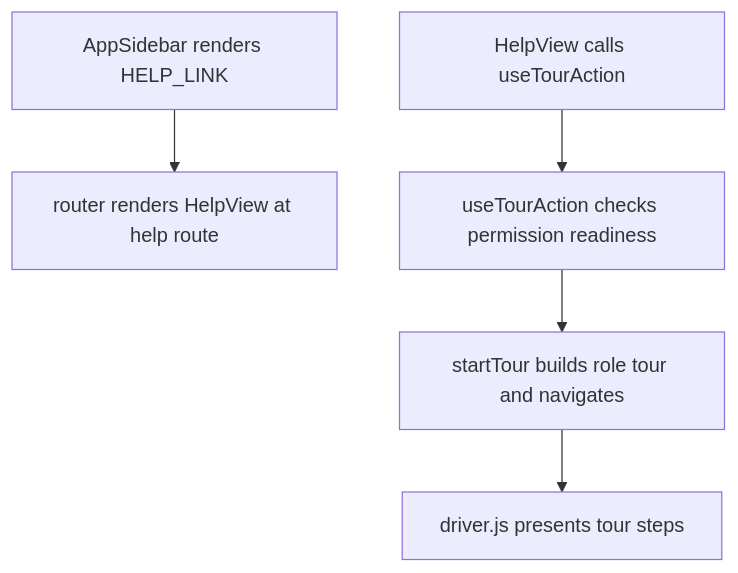
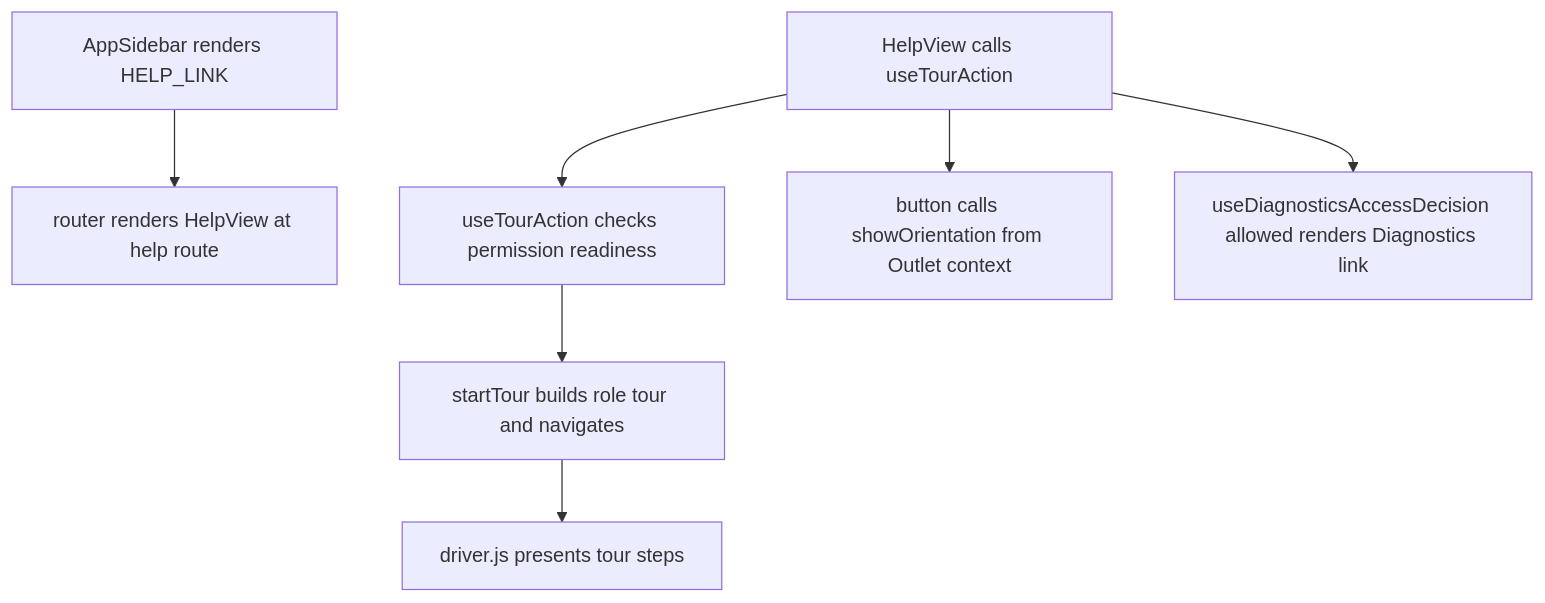
Before and after one commit to Kevinjohn/capacitylens: the second of 2 diagrams in user-stories/navigation/US-NAV-16-help-and-role-tour.md, drawn with Mermaid. The commit also changed other lines of this file and 35 other files, not shown here.

````diff
--- a/user-stories/navigation/US-NAV-16-help-and-role-tour.md
+++ b/user-stories/navigation/US-NAV-16-help-and-role-tour.md
@@ -34,7 +42,9 @@
 ```mermaid
 flowchart TD
   nav["AppSidebar renders HELP_LINK"] --> route["router renders HelpView at help route"]
   help["HelpView calls useTourAction"] --> action["useTourAction checks permission readiness"]
   action --> start["startTour builds role tour and navigates"]
   start --> guide["driver.js presents tour steps"]
+  help --> orient["button calls showOrientation from Outlet context"]
+  help --> diag["useDiagnosticsAccessDecision allowed renders Diagnostics link"]
 ```
````
